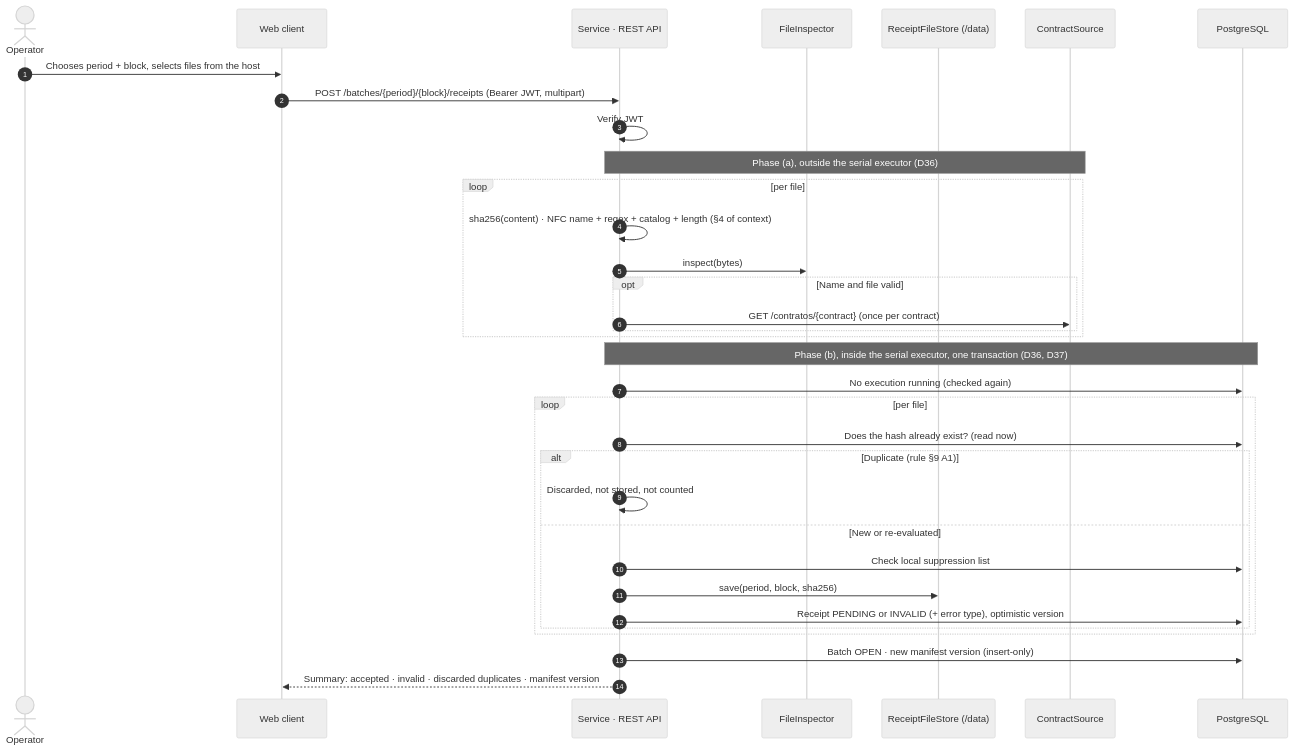
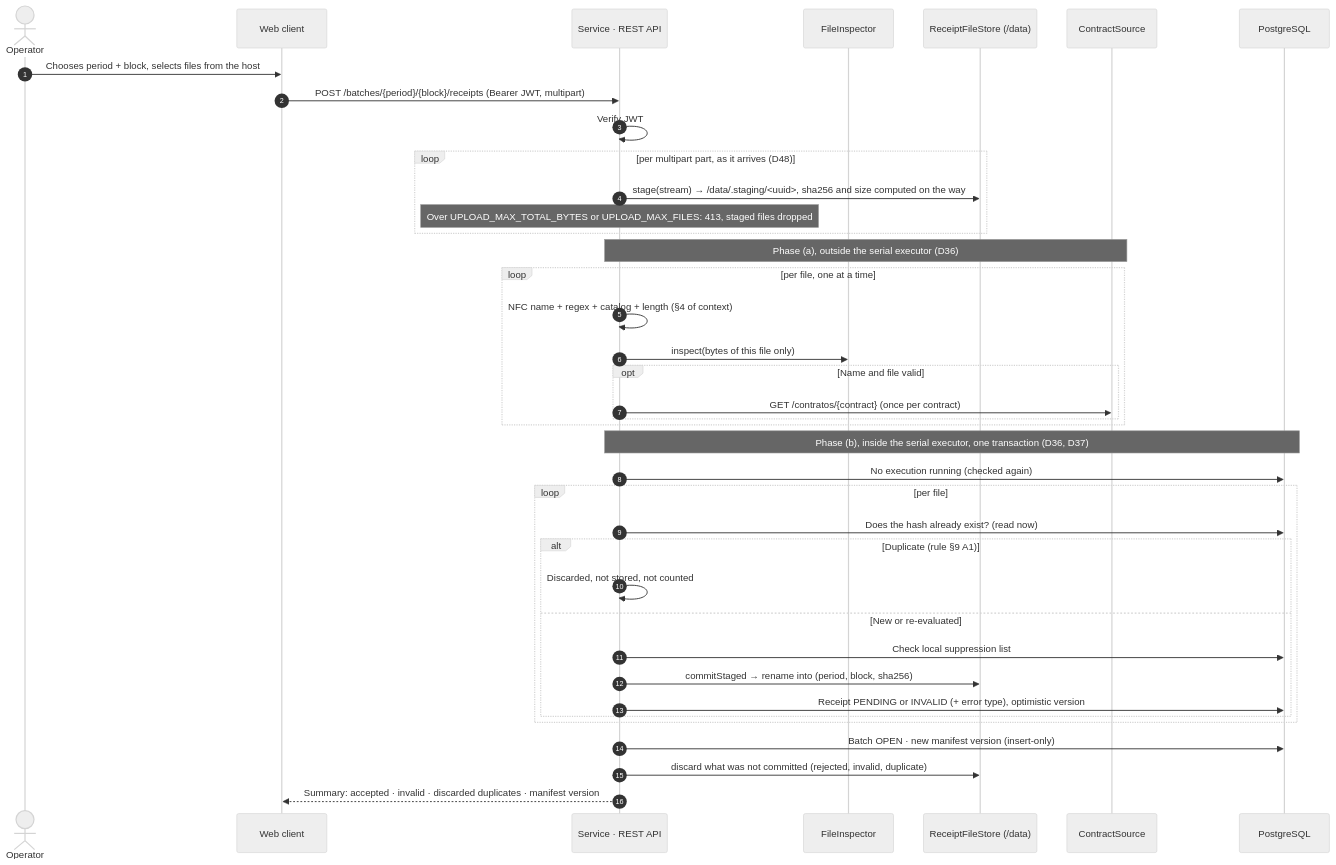
Before and after one commit to Ramioy/bulk-mailer-backend: the second of 6 diagrams in docs/architecture/arquitectura.md, drawn with Mermaid (neutral theme). The commit also changed other lines of this file and 2 other files, not shown here.

Commit message:
Record D47 to D49; mark audit findings M8, M10 and M13 as fixed
decisiones.md: the instance lease and coordinator (D47), uploads staged on
the volume with a total budget (D48) and CORS for the web client (D49),
with how they were implemented, the new port, the endpoints, the
configuration, what the web client must do and the assumptions (the
take-over overlap and why it never sends twice). arquitectura.md §1, §2
and the upload sequence of §3. The audit report marks the three findings
fixed.

Claude-Session: https://claude.ai/code/session_014xQNTsRCSVeh9K1dbeceGh

````diff
--- a/docs/architecture/arquitectura.md
+++ b/docs/architecture/arquitectura.md
@@ -100,37 +101,42 @@
 ```mermaid
 sequenceDiagram
     autonumber
     actor Op as Operator
     participant W as Web client
     participant API as Service · REST API
     participant INS as FileInspector
     participant FS as ReceiptFileStore (/data)
     participant SRC as ContractSource
     participant DB as PostgreSQL
 
     Op->>W: Chooses period + block, selects files from the host
     W->>API: POST /batches/{period}/{block}/receipts (Bearer JWT, multipart)
     API->>API: Verify JWT
+    loop per multipart part, as it arrives (D48)
+        API->>FS: stage(stream) → /data/.staging/<uuid>, sha256 and size computed on the way
+        Note over API: Over UPLOAD_MAX_TOTAL_BYTES or UPLOAD_MAX_FILES: 413, staged files dropped
+    end
     Note over API,SRC: Phase (a), outside the serial executor (D36)
-    loop per file
-        API->>API: sha256(content) · NFC name + regex + catalog + length (§4 of context)
-        API->>INS: inspect(bytes)
+    loop per file, one at a time
+        API->>API: NFC name + regex + catalog + length (§4 of context)
+        API->>INS: inspect(bytes of this file only)
         opt Name and file valid
             API->>SRC: GET /contratos/{contract} (once per contract)
         end
     end
     Note over API,DB: Phase (b), inside the serial executor, one transaction (D36, D37)
     API->>DB: No execution running (checked again)
     loop per file
         API->>DB: Does the hash already exist? (read now)
         alt Duplicate (rule §9 A1)
             API->>API: Discarded, not stored, not counted
         else New or re-evaluated
             API->>DB: Check local suppression list
-            API->>FS: save(period, block, sha256)
+            API->>FS: commitStaged → rename into (period, block, sha256)
             API->>DB: Receipt PENDING or INVALID (+ error type), optimistic version
         end
     end
     API->>DB: Batch OPEN · new manifest version (insert-only)
+    API->>FS: discard what was not committed (rejected, invalid, duplicate)
     API-->>W: Summary: accepted · invalid · discarded duplicates · manifest version
 ```
````
